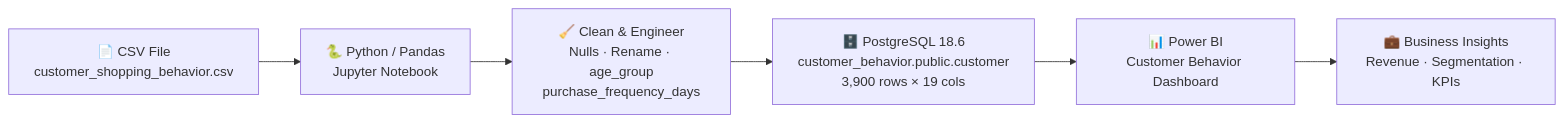
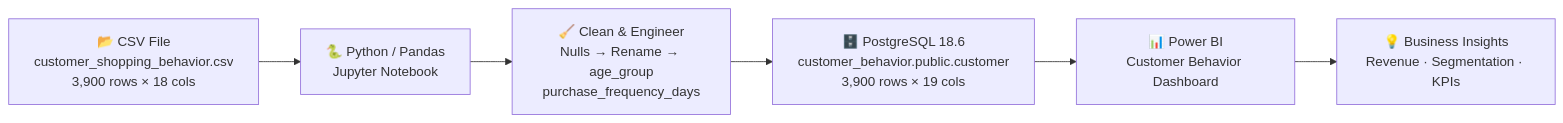
One commit to Prasadanu17/CustomerPulse-Analytics changed the second of 2 diagrams in README.md. Above: the diagram before and after it, drawn with Mermaid. The commit also changed other lines of this file and 2 other files, not shown here.

````diff
--- a/README.md
+++ b/README.md
@@ -485,8 +623,8 @@
 ```mermaid
 flowchart LR
-    A["📄 CSV File\ncustomer_shopping_behavior.csv"] --> B["🐍 Python / Pandas\nJupyter Notebook"]
-    B --> C["🧹 Clean & Engineer\nNulls · Rename · age_group\npurchase_frequency_days"]
+    A["📂 CSV File\ncustomer_shopping_behavior.csv\n3,900 rows × 18 cols"] --> B["🐍 Python / Pandas\nJupyter Notebook"]
+    B --> C["🧹 Clean & Engineer\nNulls → Rename → age_group\npurchase_frequency_days"]
     C --> D["🗄️ PostgreSQL 18.6\ncustomer_behavior.public.customer\n3,900 rows × 19 cols"]
     D --> E["📊 Power BI\nCustomer Behavior Dashboard"]
-    E --> F["💼 Business Insights\nRevenue · Segmentation · KPIs"]
+    E --> F["💡 Business Insights\nRevenue · Segmentation · KPIs"]
 ```
````
